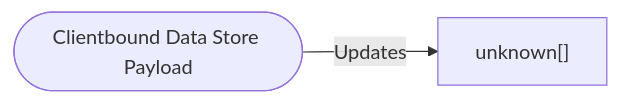
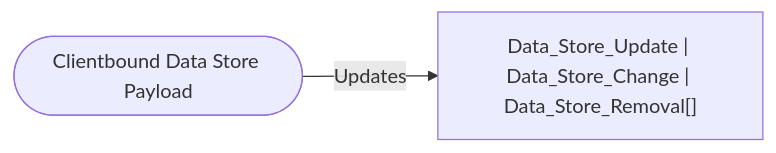
Before and after one commit to bedrock-v/protocol-docs: the diagram in schemas/types/Clientbound_Data_Store_Payload.md, drawn with Mermaid. The commit also changed 114 other files, not shown here.

````diff
--- a/schemas/types/Clientbound_Data_Store_Payload.md
+++ b/schemas/types/Clientbound_Data_Store_Payload.md
@@ -5,5 +5,5 @@
 ```mermaid
 flowchart LR
   ROOT(["Clientbound Data Store Payload"])
-  ROOT -->|"Updates"| unknown["unknown[]"]
+  ROOT -->|"Updates"| Data_Store_Update___Data_Store_Change___Data_Store_Removal["Data_Store_Update | Data_Store_Change | Data_Store_Removal[]"]
 ```
````
